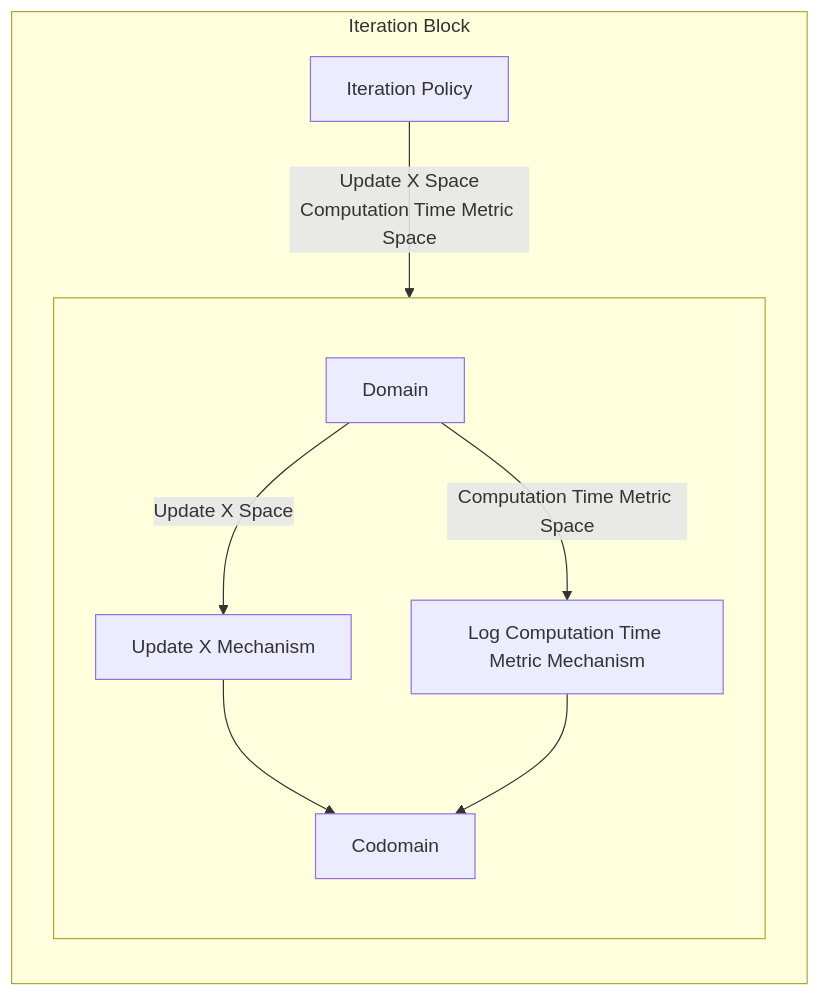
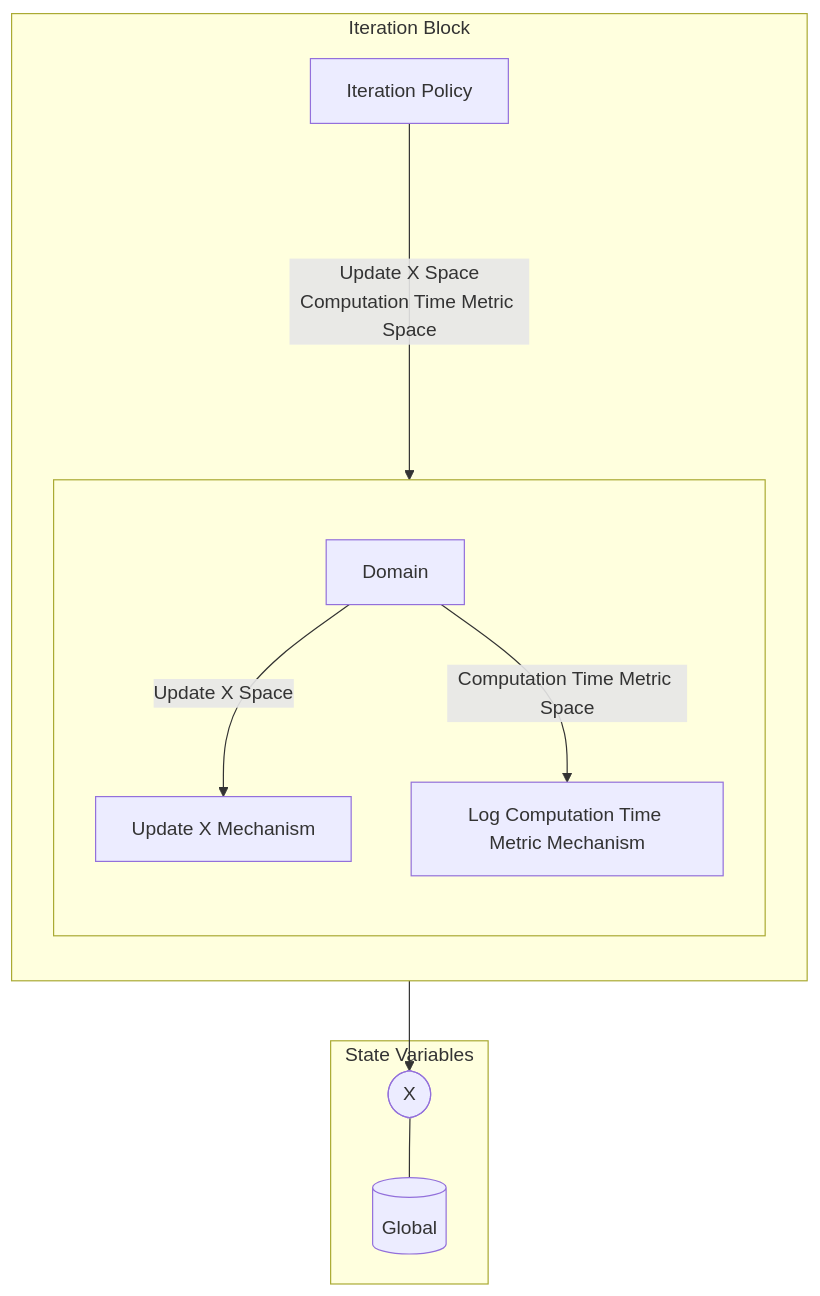
The diagram in MSML/reports/Markdown/Wiring/Iteration Block.md (SeanMcOwen/Root-Finding-Simulation), drawn with Mermaid before and after one commit. The commit also changed other lines of this file and 24 other files, not shown here.

````diff
--- a/MSML/reports/Markdown/Wiring/Iteration Block.md
+++ b/MSML/reports/Markdown/Wiring/Iteration Block.md
@@ -3,22 +3,28 @@
 ```mermaid
 graph TB
-subgraph X7[Iteration Block]
+
+subgraph SVS["State Variables"]
+EE0[("Global")]
+EES0(["X"])
+EES0 --- EE0
+end
+
+subgraph X7["Iteration Block"]
 direction TB
-X1[Iteration Policy]
-subgraph X6[ ]
+X1["Iteration Policy"]
+subgraph X6[" "]
 direction TB
-X2[Update X Mechanism]
-X3[Log Computation Time Metric Mechanism]
+X2["Update X Mechanism"]
+X2 --> EES0
+X3["Log Computation Time Metric Mechanism"]
 X4[Domain]
-X5[Codomain]
+
 direction LR
 direction TB
 X4 --"Update X Space"--> X2
 X4 --"Computation Time Metric Space"--> X3
-X2 --> X5
-X3 --> X5
 end
 X1--"Update X Space
-Computation Time Metric Space"-->X6
+Computation Time Metric Space"---->X6
 end
 ```
````
